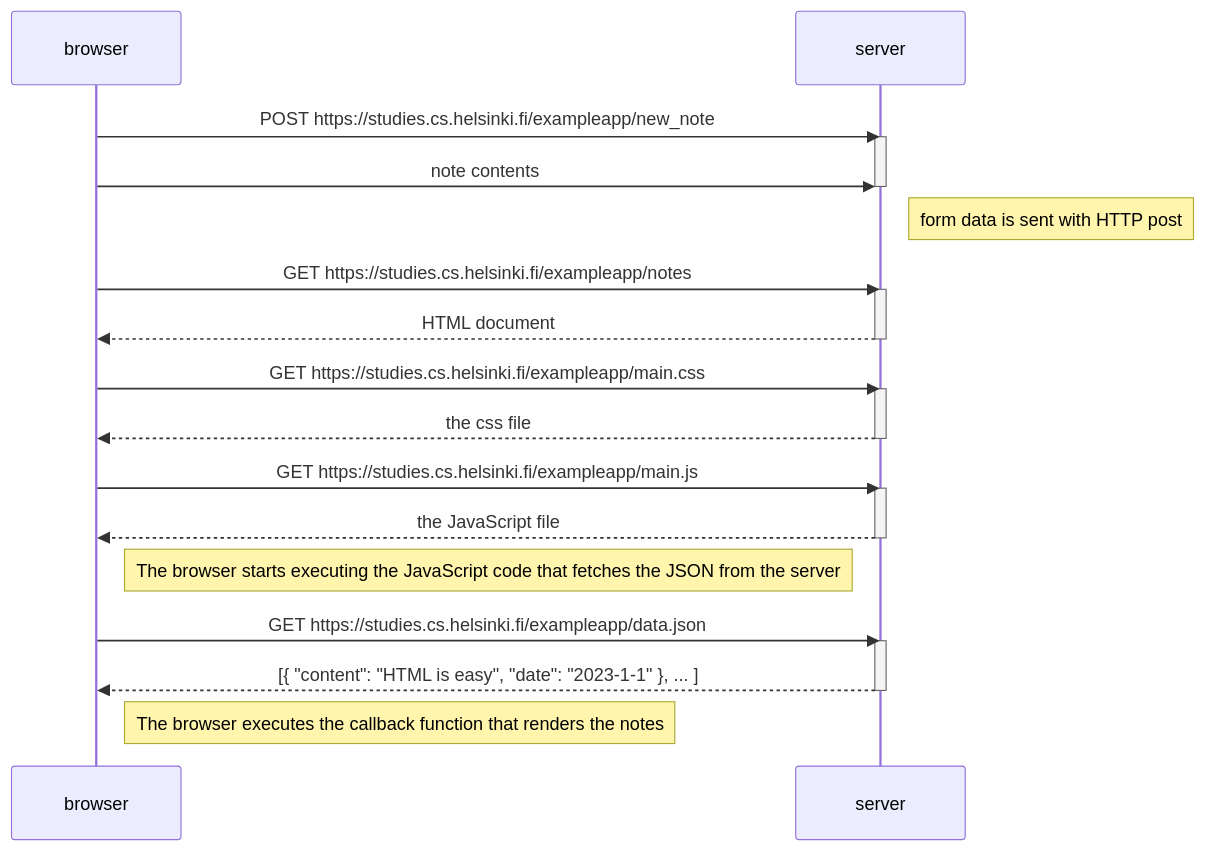
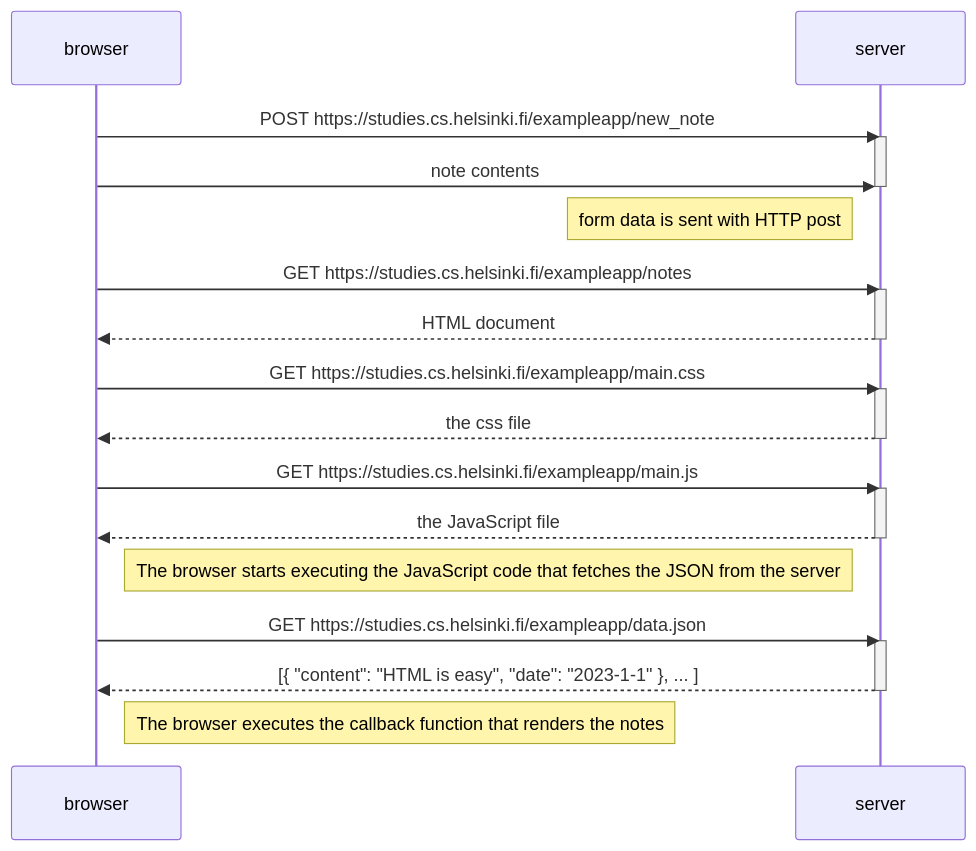
One commit to 5ak1r/full_stack_open changed the diagram in part0/exercise 0.4.md. Above: the diagram before and after it, drawn with Mermaid.

Commit message:
moved note again

````diff
--- a/part0/exercise 0.4.md
+++ b/part0/exercise 0.4.md
@@ -1,38 +1,38 @@
 ```mermaid
 
 sequenceDiagram
     participant browser
     participant server
     
     browser->>server: POST https://studies.cs.helsinki.fi/exampleapp/new_note
     activate server
     browser->>server: note contents
     deactivate server
 
-    Note right of server: form data is sent with HTTP post
+    Note left of server: form data is sent with HTTP post
 
     browser->>server: GET https://studies.cs.helsinki.fi/exampleapp/notes
     activate server
     server-->>browser: HTML document
     deactivate server
 
     browser->>server: GET https://studies.cs.helsinki.fi/exampleapp/main.css
     activate server
     server-->>browser: the css file
     deactivate server
 
     browser->>server: GET https://studies.cs.helsinki.fi/exampleapp/main.js
     activate server
     server-->>browser: the JavaScript file
     deactivate server
 
     Note right of browser: The browser starts executing the JavaScript code that fetches the JSON from the server
 
     browser->>server: GET https://studies.cs.helsinki.fi/exampleapp/data.json
     activate server
     server-->>browser: [{ "content": "HTML is easy", "date": "2023-1-1" }, ... ]
     deactivate server
 
     Note right of browser: The browser executes the callback function that renders the notes
 
 ```
````
